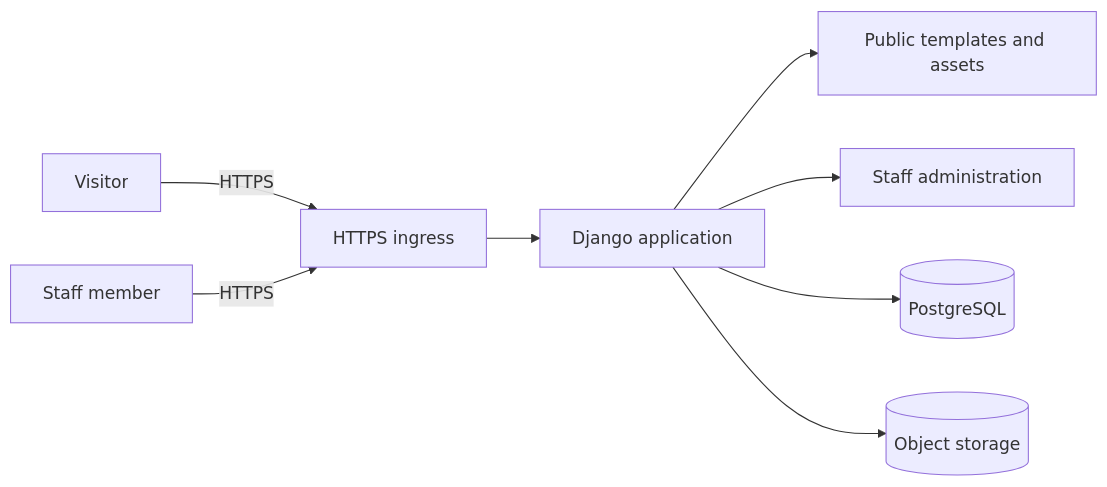
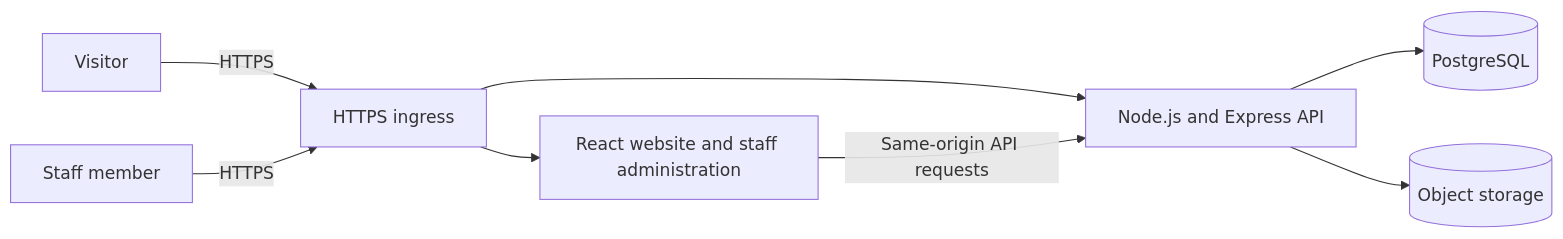
One commit to mitTHEmat/F1_web changed the diagram in README.md. Above: the diagram before and after it, drawn with Mermaid. The commit also changed other lines of this file and 11 other files, not shown here.

````diff
--- a/README.md
+++ b/README.md
@@ -7,10 +41,10 @@
 ```mermaid
 flowchart LR
     Reader[Visitor] -->|HTTPS| Edge[HTTPS ingress]
     Staff[Staff member] -->|HTTPS| Edge
-    Edge --> Django[Django application]
-    Django --> Public[Public templates and assets]
-    Django --> Admin[Staff administration]
-    Django --> DB[(PostgreSQL)]
-    Django --> Media[(Object storage)]
+    Edge --> Web[React website and staff administration]
+    Edge --> API[Node.js and Express API]
+    Web -->|Same-origin API requests| API
+    API --> DB[(PostgreSQL)]
+    API --> Media[(Object storage)]
 ```
````
